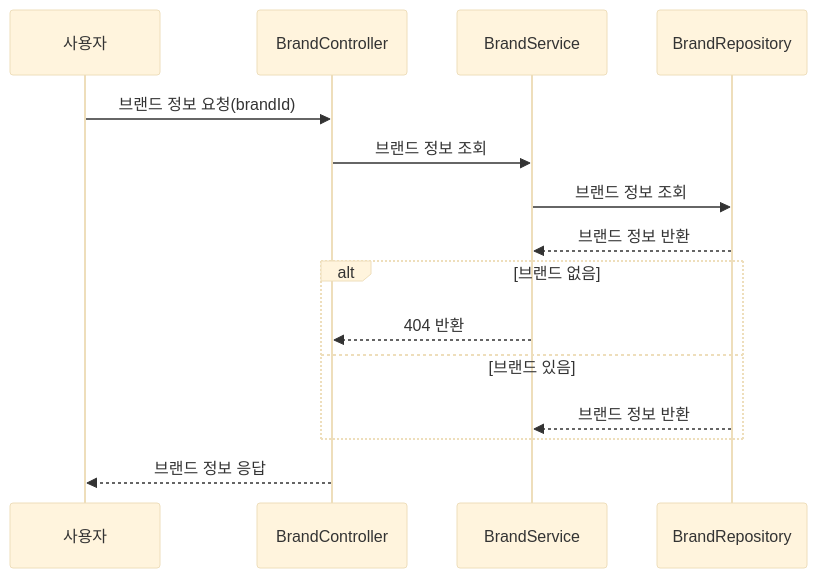
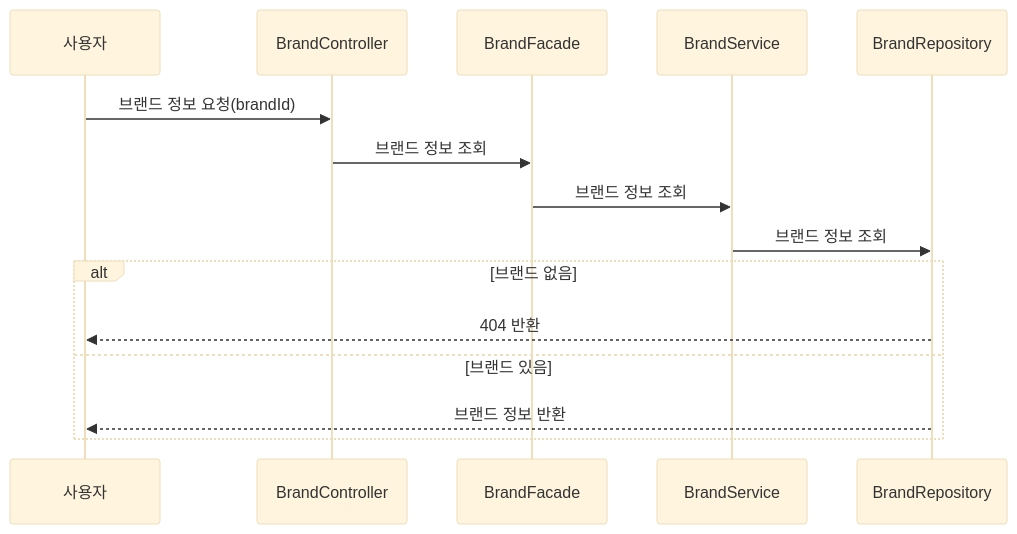
One commit to donghyeon3813/vibe-commerce changed the third of 7 diagrams in .docs/02-sequence-diagrams.md. Above: the diagram before and after it, drawn with Mermaid (base theme). The commit also changed other lines of this file, not shown here.

Commit message:
fix : sequence-diagrams 수정

````diff
--- a/.docs/02-sequence-diagrams.md
+++ b/.docs/02-sequence-diagrams.md
@@ -70,19 +63,18 @@
 ```mermaid
 sequenceDiagram
 participant 사용자
 participant BC as BrandController
+participant BF as BrandFacade
 participant BS as BrandService
 participant BR as BrandRepository
 
     사용자->>BC: 브랜드 정보 요청(brandId)
-    BC->>BS: 브랜드 정보 조회
+    BC->>BF: 브랜드 정보 조회
+    BF->>BS: 브랜드 정보 조회
     BS->>BR: 브랜드 정보 조회
-    BR-->>BS: 브랜드 정보 반환
     alt 브랜드 없음
-        BS-->>BC: 404 반환
+    BR-->>사용자: 404 반환
     else 브랜드 있음
-        BR-->>BS: 브랜드 정보 반환
+        BR-->>사용자: 브랜드 정보 반환
     end
-
-    BC-->>사용자: 브랜드 정보 응답
 ```
````
